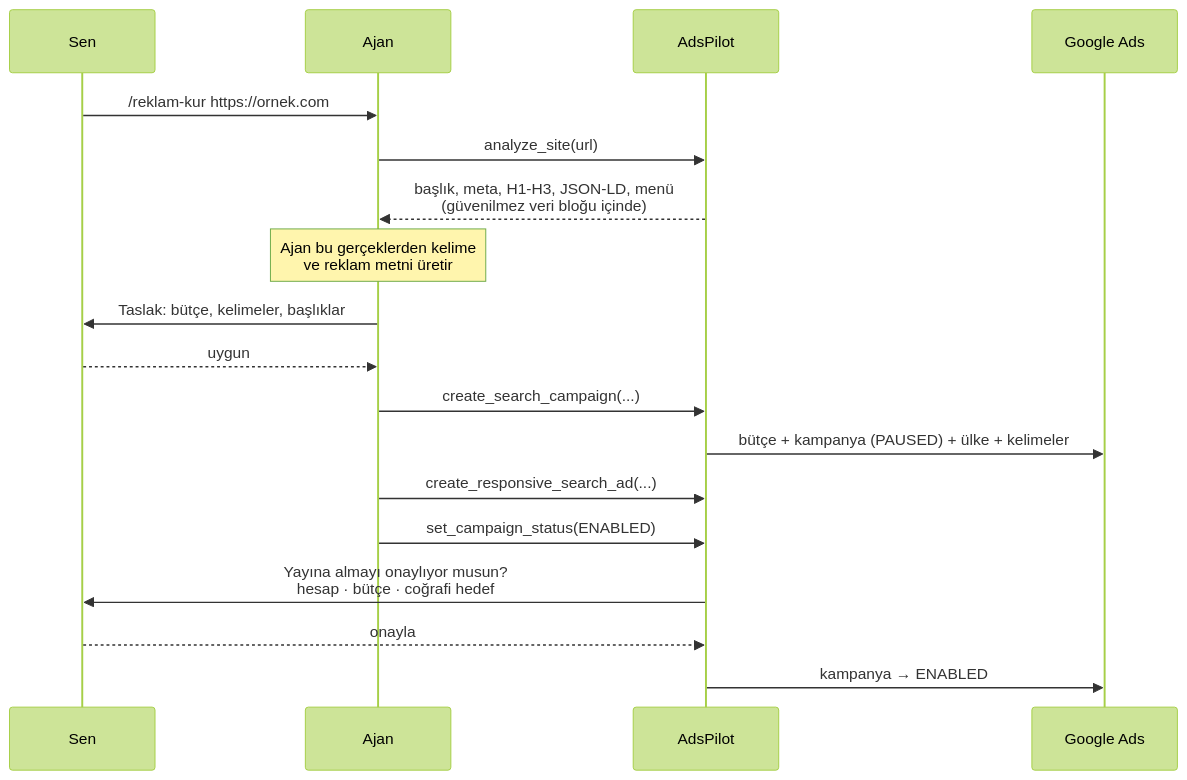
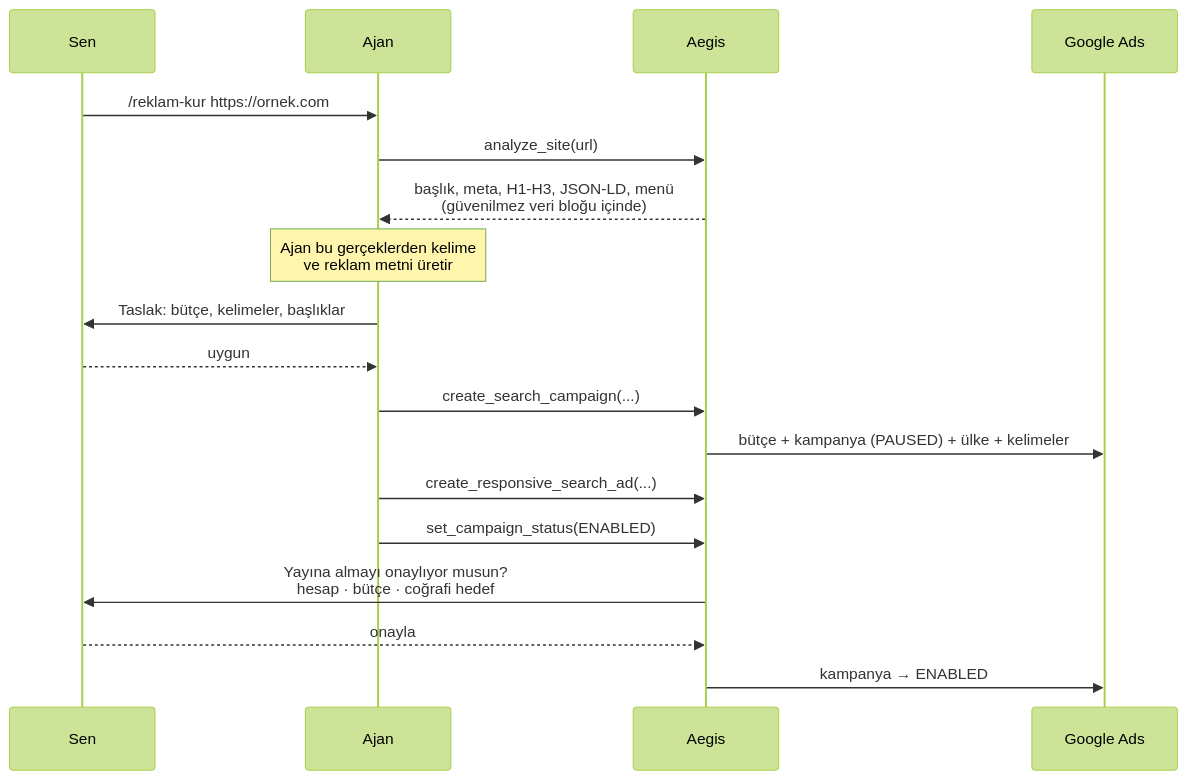
One commit to Xaena53/aegis changed the first of 3 diagrams in README.tr.md. Above: the diagram before and after it, drawn with Mermaid (forest theme). The commit also changed other lines of this file and 71 other files, not shown here.

````diff
--- a/README.tr.md
+++ b/README.tr.md
@@ -274,21 +274,21 @@
 ```mermaid
 sequenceDiagram
     participant U as Sen
     participant A as Ajan
-    participant S as AdsPilot
+    participant S as Aegis
     participant G as Google Ads
 
     U->>A: /reklam-kur https://ornek.com
     A->>S: analyze_site(url)
     S-->>A: başlık, meta, H1-H3, JSON-LD, menü<br/>(güvenilmez veri bloğu içinde)
     Note over A: Ajan bu gerçeklerden kelime<br/>ve reklam metni üretir
     A->>U: Taslak: bütçe, kelimeler, başlıklar
     U-->>A: uygun
     A->>S: create_search_campaign(...)
     S->>G: bütçe + kampanya (PAUSED) + ülke + kelimeler
     A->>S: create_responsive_search_ad(...)
     A->>S: set_campaign_status(ENABLED)
     S->>U: Yayına almayı onaylıyor musun?<br/>hesap · bütçe · coğrafi hedef
     U-->>S: onayla
     S->>G: kampanya → ENABLED
 ```
````
